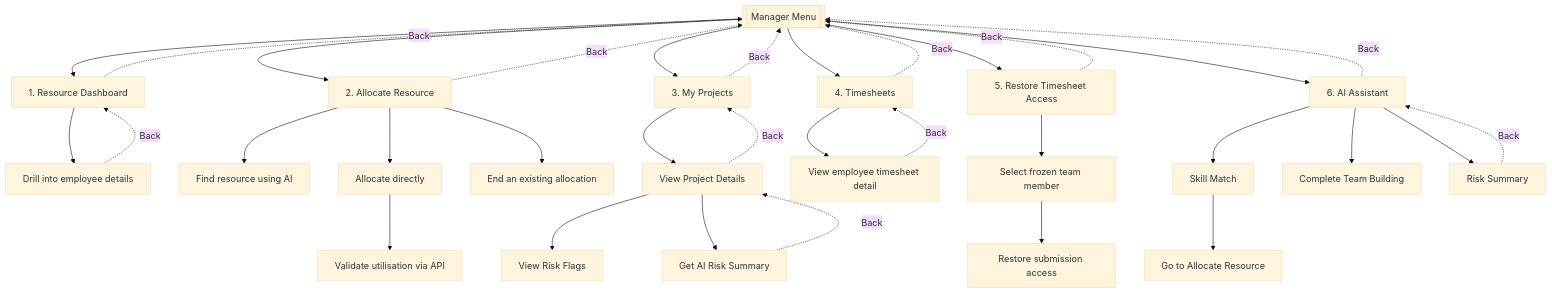
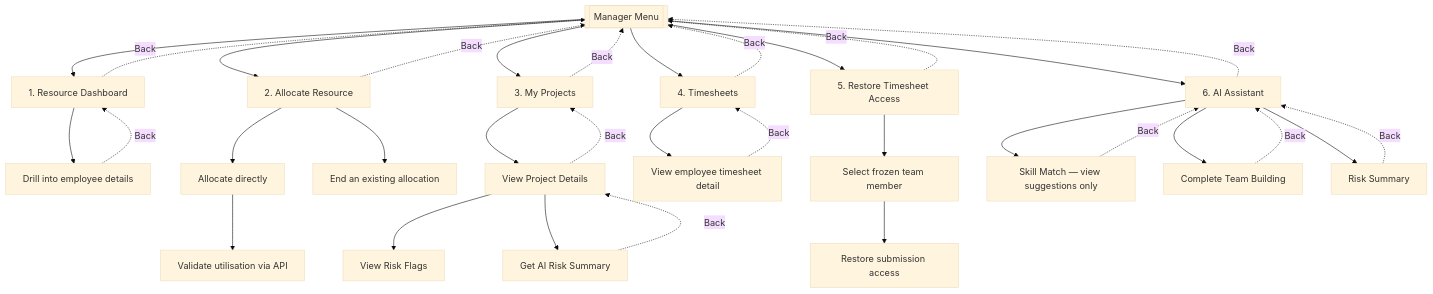
One commit to RiyaAmetaITT/Project-Resource-Management-tool changed the third of 8 diagrams in UML Design/flow_diagrams.md. Above: the diagram before and after it, drawn with Mermaid (base theme). The commit also changed other lines of this file and 1 other file, not shown here.

Commit message:
Added updated design diagram

````diff
--- a/UML Design/flow_diagrams.md
+++ b/UML Design/flow_diagrams.md
@@ -86,42 +86,42 @@
 ```mermaid
 flowchart TD
     ManagerMenu[[Manager Menu]]
 
     ManagerMenu --> ResDash[1. Resource Dashboard]
     ResDash --> DrillEmp[Drill into employee details]
     DrillEmp -. "Back" .-> ResDash
     ResDash -. "Back" .-> ManagerMenu
 
     ManagerMenu --> AllocRes[2. Allocate Resource]
-    AllocRes --> AIAlloc[Find resource using AI]
     AllocRes --> DirectAlloc[Allocate directly]
     DirectAlloc --> ValidateUtil[Validate utilisation via API]
     AllocRes --> EndAlloc[End an existing allocation]
     AllocRes -. "Back" .-> ManagerMenu
 
     ManagerMenu --> MyProj[3. My Projects]
     MyProj --> ProjDetail[View Project Details]
     ProjDetail --> RiskFlags[View Risk Flags]
     ProjDetail --> AIRisk[Get AI Risk Summary]
     AIRisk -. "Back" .-> ProjDetail
     ProjDetail -. "Back" .-> MyProj
     MyProj -. "Back" .-> ManagerMenu
 
     ManagerMenu --> Timesheets[4. Timesheets]
     Timesheets --> ViewEmpTS[View employee timesheet detail]
     ViewEmpTS -. "Back" .-> Timesheets
     Timesheets -. "Back" .-> ManagerMenu
 
     ManagerMenu --> RestoreTS[5. Restore Timesheet Access]
     RestoreTS --> PickFrozen[Select frozen team member]
     PickFrozen --> Unfreeze[Restore submission access]
     RestoreTS -. "Back" .-> ManagerMenu
 
     ManagerMenu --> AIAssist[6. AI Assistant]
-    AIAssist --> SkillMatch[Skill Match]
-    SkillMatch --> GoToAlloc[Go to Allocate Resource]
+    AIAssist --> SkillMatch[Skill Match — view suggestions only]
+    SkillMatch -. "Back" .-> AIAssist
     AIAssist --> TeamBuild[Complete Team Building]
+    TeamBuild -. "Back" .-> AIAssist
     AIAssist --> RiskSumm[Risk Summary]
     RiskSumm -. "Back" .-> AIAssist
     AIAssist -. "Back" .-> ManagerMenu
 ```
````
